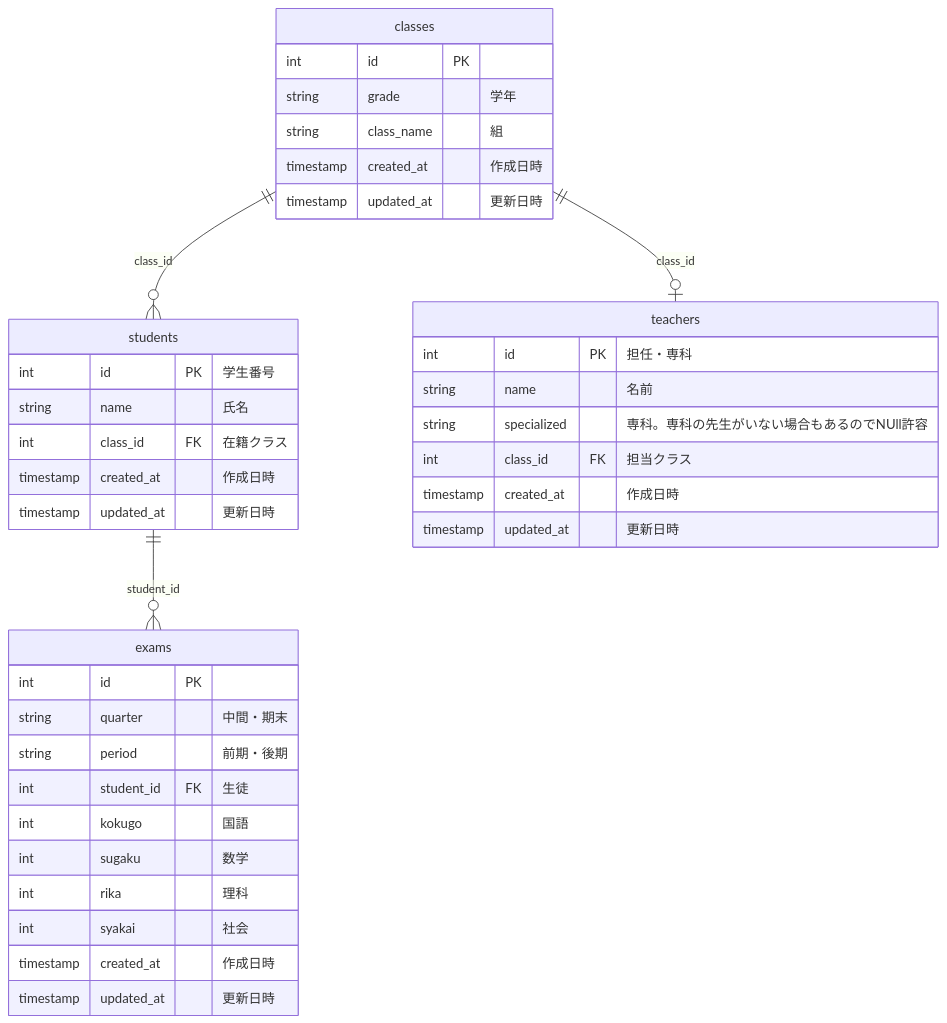
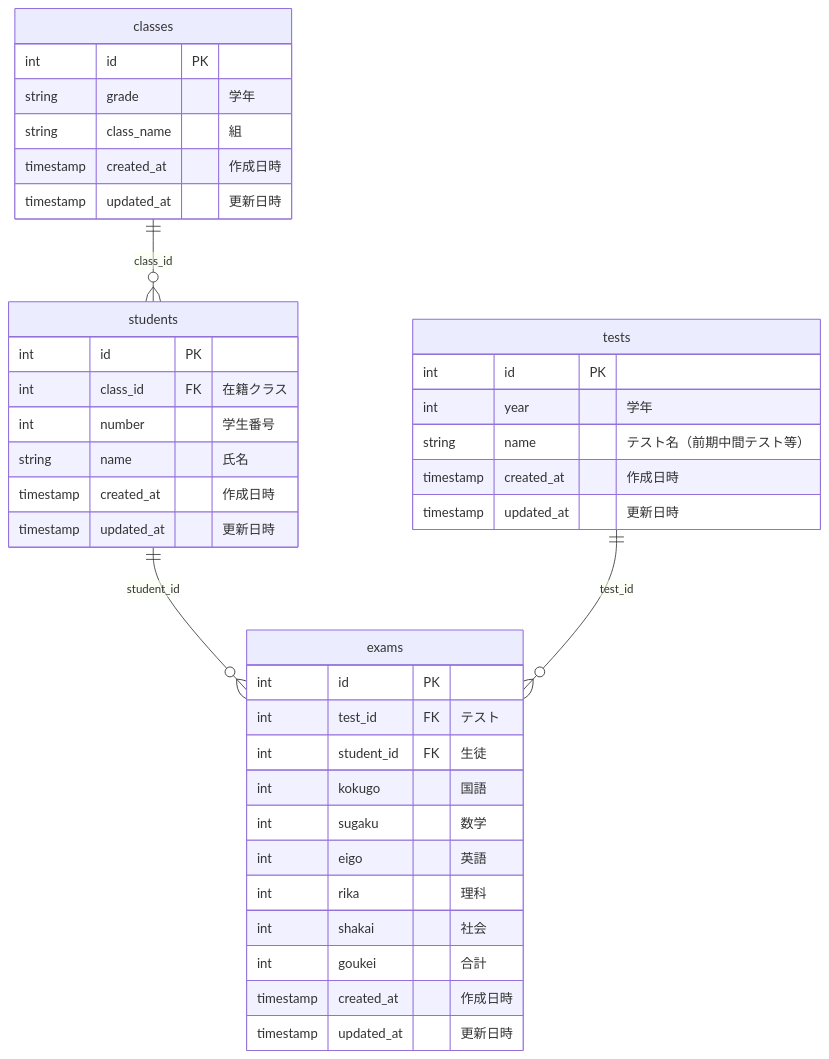
Before and after one commit to linuxfirstMint/your-school: the diagram in grade-management/doc/er_design.mmd, drawn with Mermaid. The commit also changed other lines of this file, not shown here.

Commit message:
doc(er): ER図をプロトタイプ仕様に合わせて再設計
- teachers テーブルを削除（プロトタイプ対象外）
- tests テーブルを追加し exams から test_id で参照
- students に number（学生番号）カラムを追加
- exams を test_id + student_id + 5教科 + goukei 構成に変更
  - quarter / period カラムを削除（tests テーブルで管理）
  - eigo カラムを追加
  - syakai → shakai タイポ修正

```diff
--- a/grade-management/doc/er_design.mmd
+++ b/grade-management/doc/er_design.mmd
@@ -1,49 +1,47 @@
 erDiagram
     classes ||--o{ students : "class_id"
-    classes ||--o| teachers : "class_id"
     students ||--o{ exams : "student_id"
+    tests ||--o{ exams : "test_id"
 
 %% ||--o{ : 「1対多」
 %% || (左側) : 1側。片側が必ず1つであることを示します（必須）。
 %% o{ (右側) : 多側。0個以上（Zero or Many）であることを示します。
-%% ||--|{ : 1対多かつ、「多側」が1つ以上（One or Many）。 
 
-    teachers {
-        int id PK "担任・専科"
-        string name "名前"
-        string specialized "専科。専科の先生がいない場合もあるのでNUll許容"
-        int class_id FK "担当クラス"
-        timestamp created_at "作成日時"
-        timestamp updated_at "更新日時"
-    }
-
-     
     classes {
-        int id PK 
+        int id PK
         string grade "学年"
         string class_name "組"
         timestamp created_at "作成日時"
         timestamp updated_at "更新日時"
     }
 
     students {
-        int id PK "学生番号"
+        int id PK
+        int class_id FK "在籍クラス"
+        int number "学生番号"
         string name "氏名"
-        int class_id FK "在籍クラス"
         timestamp created_at "作成日時"
         timestamp updated_at "更新日時"
     }
 
+    tests {
+        int id PK
+        int year "学年"
+        string name "テスト名（前期中間テスト等）"
+        timestamp created_at "作成日時"
+        timestamp updated_at "更新日時"
+    }
 
     exams {
-        int id PK 
-        string quarter "中間・期末"
-        string period "前期・後期"
+        int id PK
+        int test_id FK "テスト"
         int student_id FK "生徒"
         int kokugo "国語"
         int sugaku "数学"
+        int eigo "英語"
         int rika "理科"
-        int syakai "社会"
+        int shakai "社会"
+        int goukei "合計"
         timestamp created_at "作成日時"
         timestamp updated_at "更新日時"
     }
```
